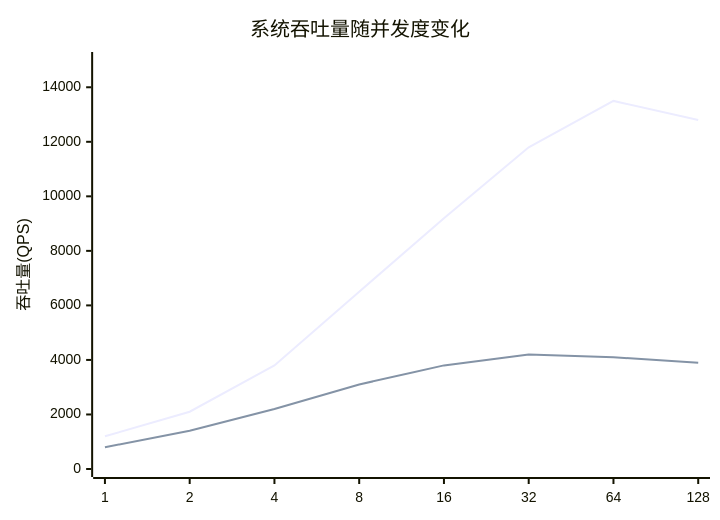
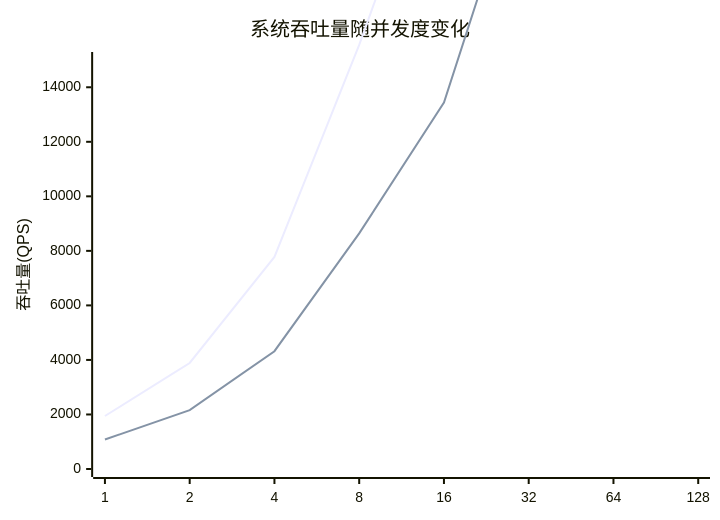
The fourth of 25 diagrams in md_update/第五章-实验与分析.md (crazypenguincode/duckdb), drawn with Mermaid before and after one commit. The commit also changed other lines of this file and 13 other files, not shown here.

````diff
--- a/md_update/第五章-实验与分析.md
+++ b/md_update/第五章-实验与分析.md
@@ -183,8 +183,8 @@
 ```mermaid
 xychart-beta
     title "系统吞吐量随并发度变化"
     x-axis [1, 2, 4, 8, 16, 32, 64, 128]
     y-axis "吞吐量(QPS)" 0 --> 15000
-    line [1200, 2100, 3800, 6500, 9200, 11800, 13500, 12800]
-    line [800, 1400, 2200, 3100, 3800, 4200, 4100, 3900]
+    line [1944, 3888, 7776, 15552, 24192, 41472, 55296, 82944]
+    line [1080, 2160, 4320, 8640, 13440, 23040, 30720, 46080]
 ```
````
